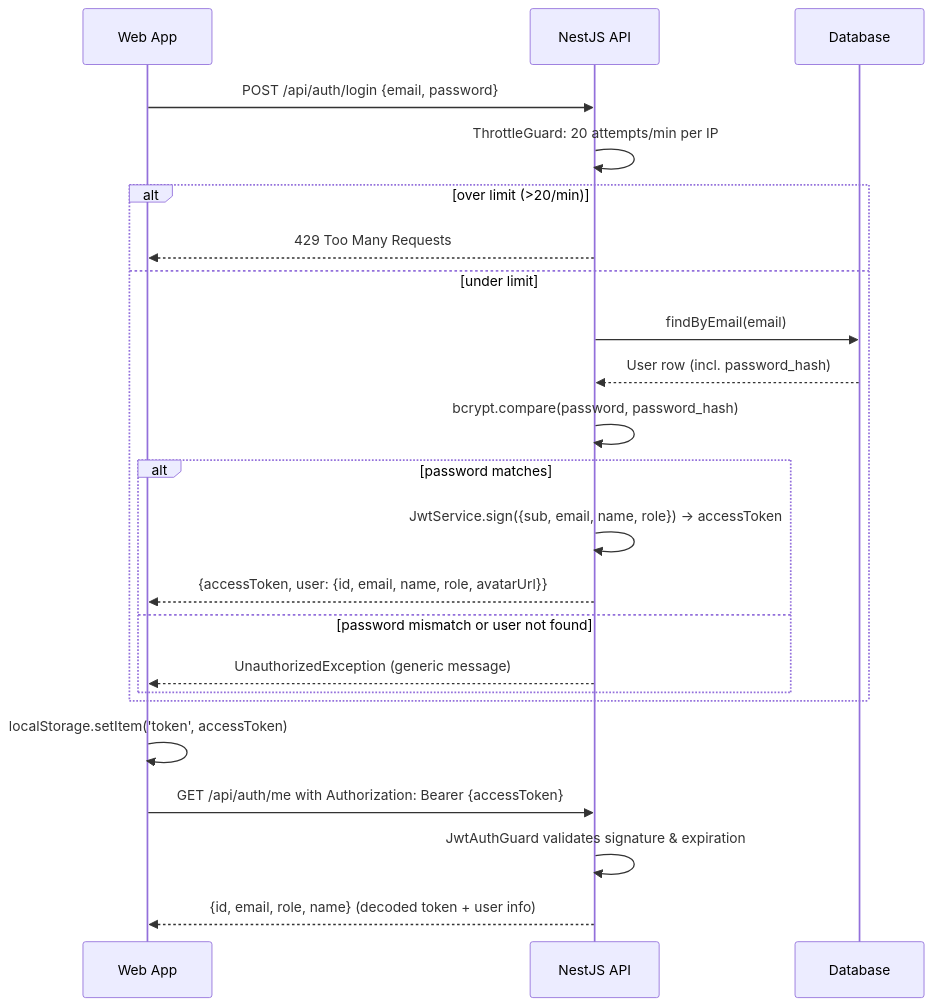
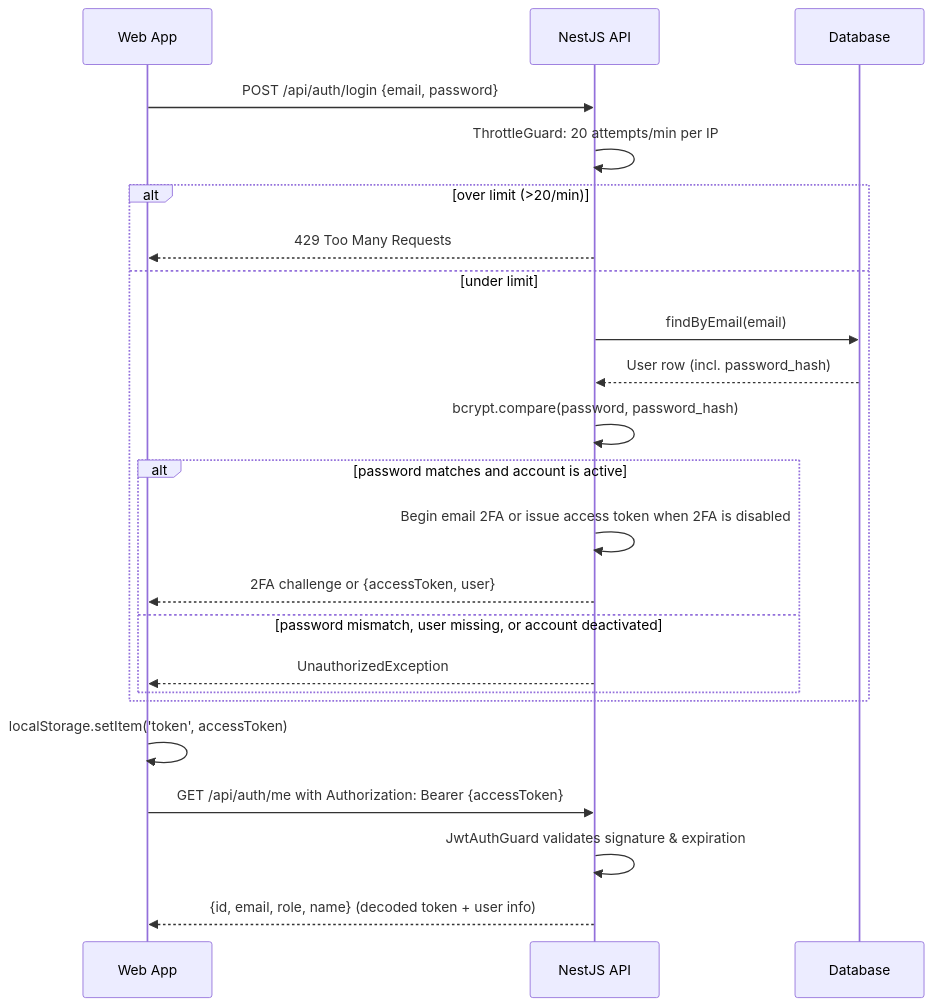
One commit to zun3007/Manga-Creation-Workflow-and-Publishing-Management-System changed the first of 2 diagrams in documents/02-architecture/04-security-and-rbac.md. Above: the diagram before and after it, drawn with Mermaid. The commit also changed other lines of this file and 3 other files, not shown here.

````diff
--- a/documents/02-architecture/04-security-and-rbac.md
+++ b/documents/02-architecture/04-security-and-rbac.md
@@ -57,27 +70,27 @@
 ```mermaid
 sequenceDiagram
   participant Web as Web App
   participant API as NestJS API
   participant DB as Database
   
   Web->>API: POST /api/auth/login {email, password}
   API->>API: ThrottleGuard: 20 attempts/min per IP
   alt over limit (>20/min)
     API-->>Web: 429 Too Many Requests
   else under limit
     API->>DB: findByEmail(email)
     DB-->>API: User row (incl. password_hash)
     API->>API: bcrypt.compare(password, password_hash)
-    alt password matches
-      API->>API: JwtService.sign({sub, email, name, role}) → accessToken
-      API-->>Web: {accessToken, user: {id, email, name, role, avatarUrl}}
-    else password mismatch or user not found
-      API-->>Web: UnauthorizedException (generic message)
+    alt password matches and account is active
+      API->>API: Begin email 2FA or issue access token when 2FA is disabled
+      API-->>Web: 2FA challenge or {accessToken, user}
+    else password mismatch, user missing, or account deactivated
+      API-->>Web: UnauthorizedException
     end
   end
   
   Web->>Web: localStorage.setItem('token', accessToken)
   Web->>API: GET /api/auth/me with Authorization: Bearer {accessToken}
   API->>API: JwtAuthGuard validates signature & expiration
   API-->>Web: {id, email, role, name} (decoded token + user info)
 ```
````
